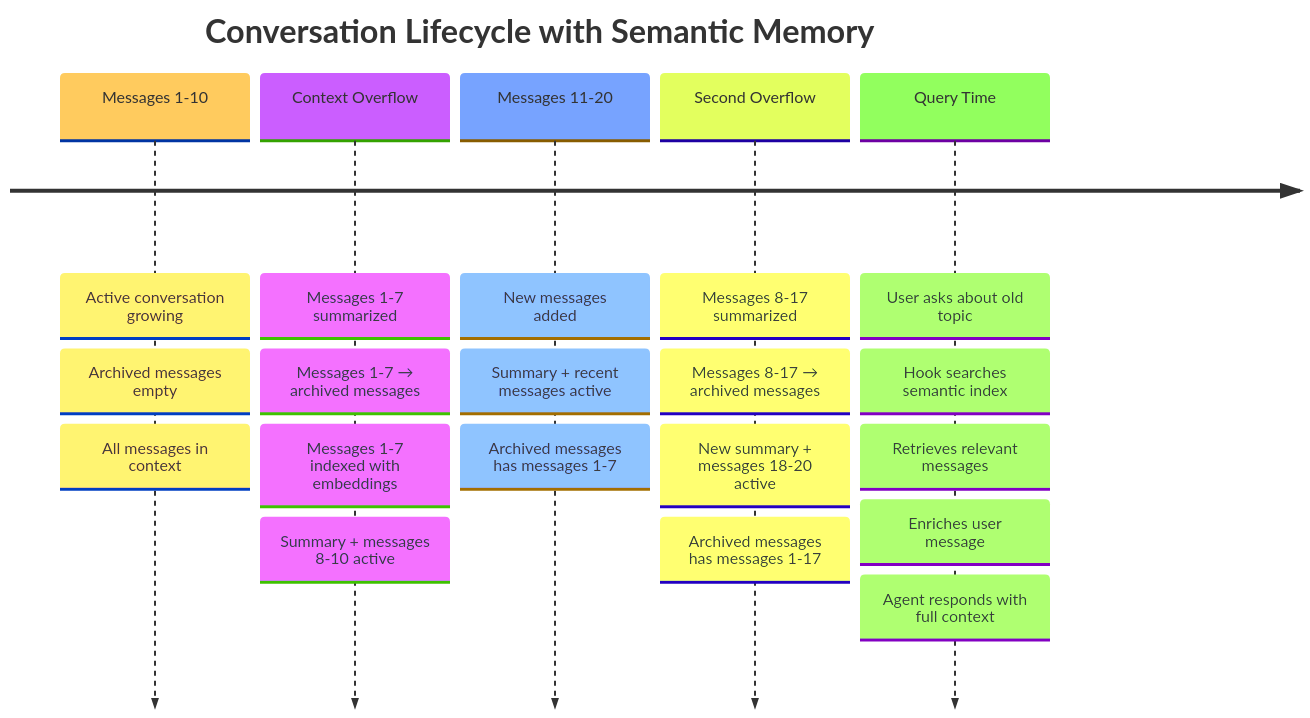
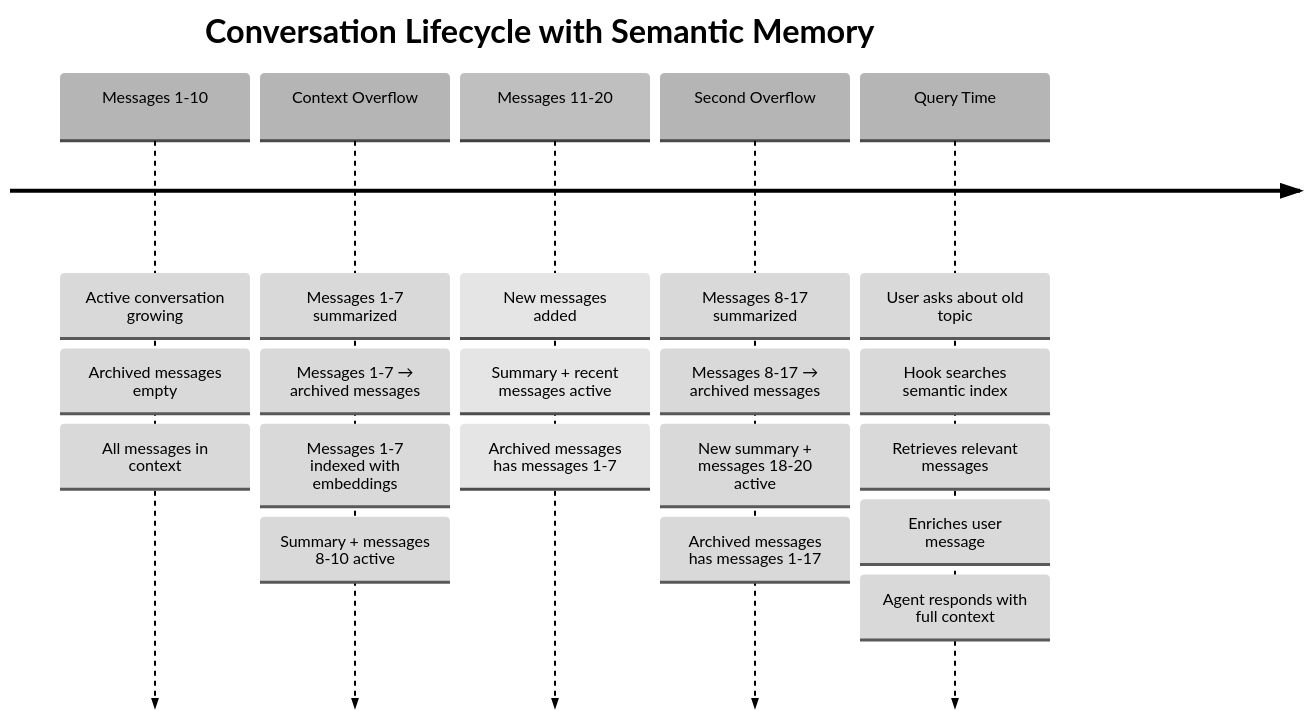
One commit to danilop/strands-agents-semantic-summarizing-conversation-manager changed the third of 5 diagrams in README.md. Above: the diagram before and after it, drawn with Mermaid. The commit also changed other lines of this file, not shown here.

First line of the commit message:
Unify color scheme across all diagrams for consistency

````diff
--- a/README.md
+++ b/README.md
@@ -253,29 +253,29 @@
 ```mermaid
-%%{init: {"theme": "base"}}%%
+%%{init: {"theme": "base", "themeVariables": {"primaryColor": "#F5F5F5", "primaryTextColor": "#000", "primaryBorderColor": "#9E9E9E", "lineColor": "#2196F3"}}}%%
 timeline
     title Conversation Lifecycle with Semantic Memory
 
     Messages 1-10 : Active conversation growing
                   : Archived messages empty
                   : All messages in context
 
     Context Overflow : Messages 1-7 summarized
                      : Messages 1-7 → archived messages
                      : Messages 1-7 indexed with embeddings
                      : Summary + messages 8-10 active
 
     Messages 11-20 : New messages added
                    : Summary + recent messages active
                    : Archived messages has messages 1-7
 
     Second Overflow : Messages 8-17 summarized
                     : Messages 8-17 → archived messages
                     : New summary + messages 18-20 active
                     : Archived messages has messages 1-17
 
     Query Time : User asks about old topic
                : Hook searches semantic index
                : Retrieves relevant messages
                : Enriches user message
                : Agent responds with full context
 ```
````
